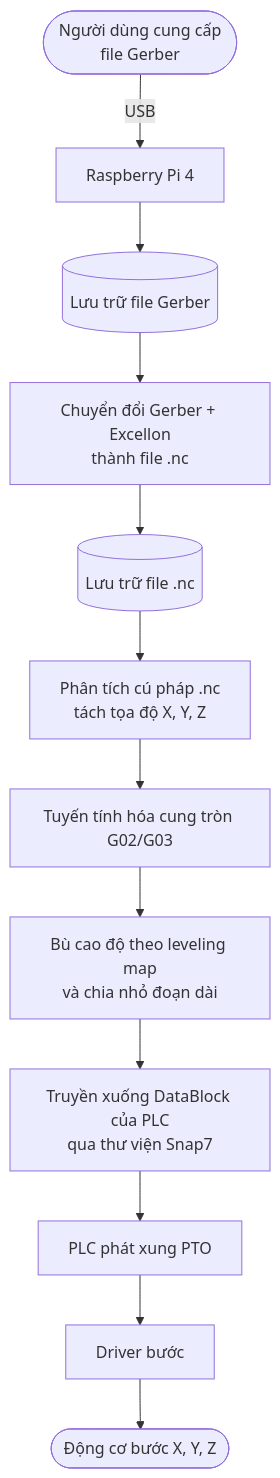
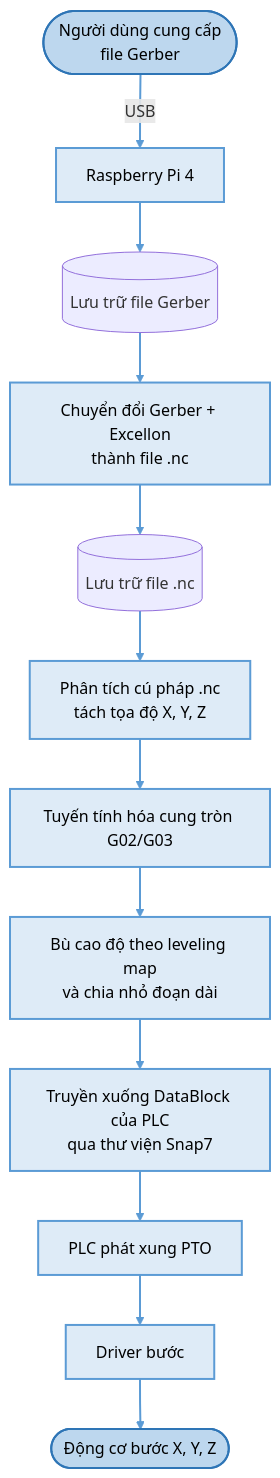
The diagram in docs/gerber-sang-nc.md (nguyentanphat1908-collab/IDE), drawn with Mermaid before and after one commit. The commit also changed 4 other files, not shown here.

````diff
--- a/docs/gerber-sang-nc.md
+++ b/docs/gerber-sang-nc.md
@@ -70,14 +70,20 @@
 ```mermaid
 flowchart TD
-    A([Người dùng cung cấp<br/>file Gerber]) -->|USB| B[Raspberry Pi 4]
+    A([Người dùng cung cấp<br/>file Gerber]):::term -->|USB| B[Raspberry Pi 4]:::proc
     B --> C[(Lưu trữ file Gerber)]
-    C --> D[Chuyển đổi Gerber + Excellon<br/>thành file .nc]
+    C --> D[Chuyển đổi Gerber + Excellon<br/>thành file .nc]:::proc
     D --> E[(Lưu trữ file .nc)]
-    E --> F[Phân tích cú pháp .nc<br/>tách tọa độ X, Y, Z]
-    F --> G[Tuyến tính hóa cung tròn G02/G03]
-    G --> H[Bù cao độ theo leveling map<br/>và chia nhỏ đoạn dài]
-    H --> I[Truyền xuống DataBlock của PLC<br/>qua thư viện Snap7]
-    I --> J[PLC phát xung PTO]
-    J --> K[Driver bước]
-    K --> L([Động cơ bước X, Y, Z])
+    E --> F[Phân tích cú pháp .nc<br/>tách tọa độ X, Y, Z]:::proc
+    F --> G[Tuyến tính hóa cung tròn G02/G03]:::proc
+    G --> H[Bù cao độ theo leveling map<br/>và chia nhỏ đoạn dài]:::proc
+    H --> I[Truyền xuống DataBlock của PLC<br/>qua thư viện Snap7]:::proc
+    I --> J[PLC phát xung PTO]:::proc
+    J --> K[Driver bước]:::proc
+    K --> L([Động cơ bước X, Y, Z]):::term
+    classDef term fill:#BDD7EE,stroke:#2E75B6,stroke-width:2px,color:#000
+    classDef proc fill:#DEEBF7,stroke:#5B9BD5,stroke-width:2px,color:#000
+    classDef io   fill:#DEEBF7,stroke:#5B9BD5,stroke-width:2px,color:#000
+    classDef dec  fill:#9DC3E6,stroke:#2E75B6,stroke-width:2px,color:#000
+    classDef conn fill:#9DC3E6,stroke:#2E75B6,stroke-width:2px,color:#000
+    linkStyle default stroke:#5B9BD5,stroke-width:2px
 ```
````
